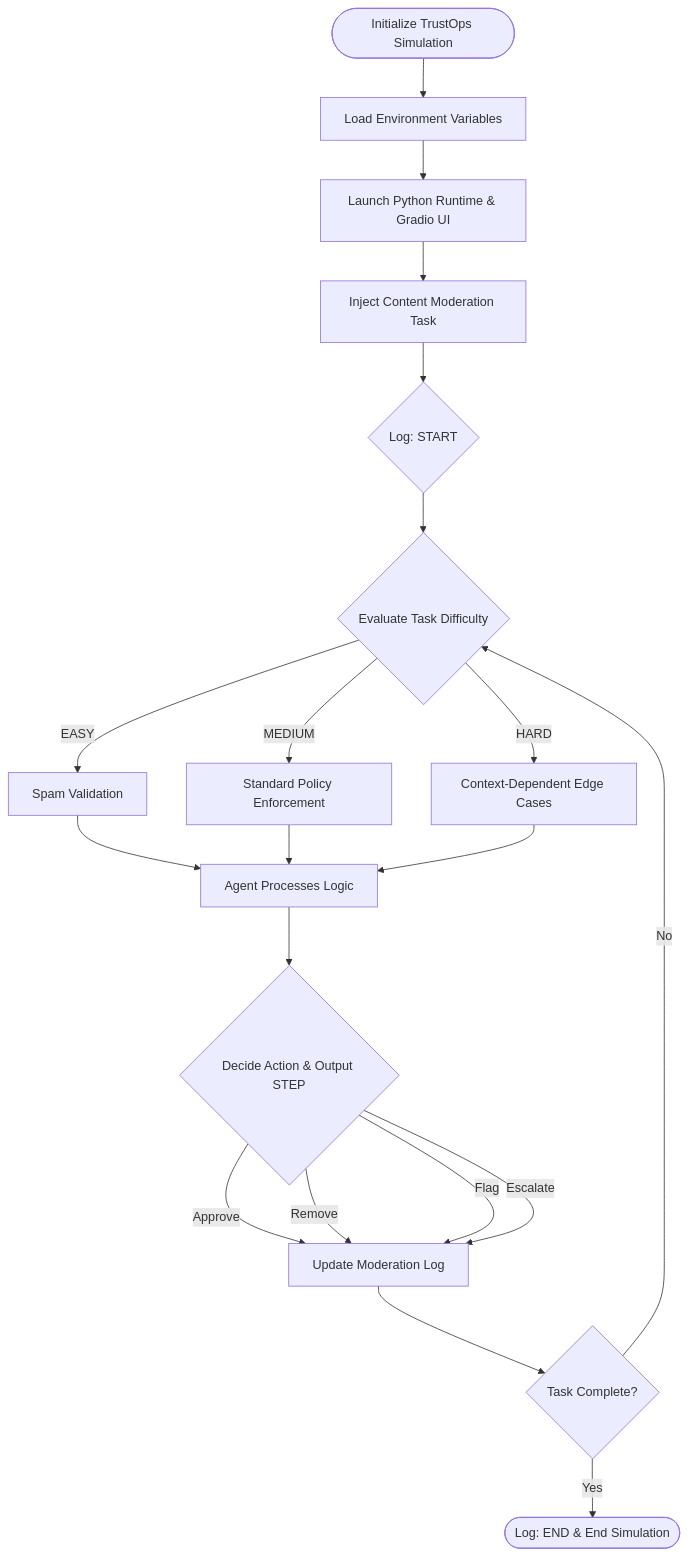
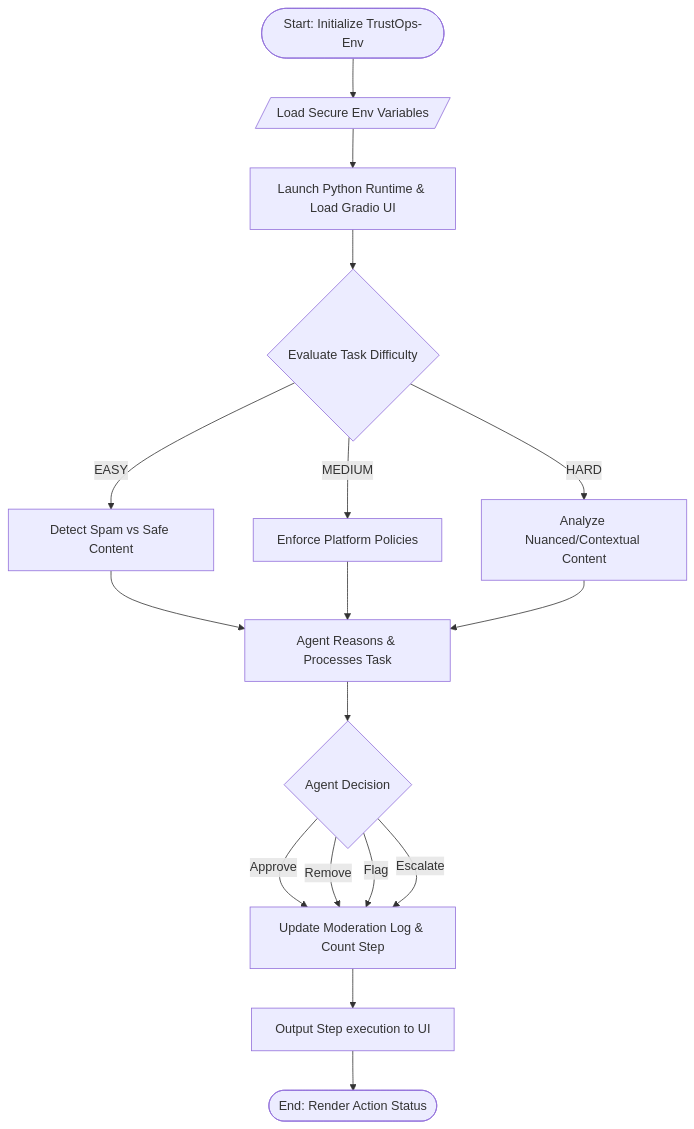
The fourth of 6 diagrams in core_concept.md (Anubhav741/ThinkSync), drawn with Mermaid before and after one commit. The commit also changed other lines of this file, not shown here.

````diff
--- a/core_concept.md
+++ b/core_concept.md
@@ -41,27 +88,28 @@
 ```mermaid
 flowchart TD
-    Start([Initialize TrustOps Simulation]) --> SetEnv[Load Environment Variables]
-    SetEnv --> Gradio[Launch Python Runtime & Gradio UI]
-    Gradio --> TaskAssign[Inject Content Moderation Task]
-    
-    TaskAssign --> Classify{Log: START}
-    Classify --> EvalDiff{Evaluate Task Difficulty}
-    
-    EvalDiff -->|EASY| Spam[Spam Validation]
-    EvalDiff -->|MEDIUM| Policy[Standard Policy Enforcement]
-    EvalDiff -->|HARD| Nuance[Context-Dependent Edge Cases]
-    
-    Spam --> AgentProcess[Agent Processes Logic]
-    Policy --> AgentProcess
-    Nuance --> AgentProcess
-    
-    AgentProcess --> Action{Decide Action & Output STEP}
-    Action -->|Approve| LogOk[Update Moderation Log]
-    Action -->|Remove| LogOk
-    Action -->|Flag| LogOk
-    Action -->|Escalate| LogOk
-    
-    LogOk --> CheckFinish{Task Complete?}
-    CheckFinish -->|No| EvalDiff
-    CheckFinish -->|Yes| End([Log: END & End Simulation])
+
+A([Start: Initialize TrustOps-Env]) --> B[/Load Secure Env Variables/]
+
+B --> C[Launch Python Runtime & Load Gradio UI]
+
+C --> D{Evaluate Task Difficulty}
+
+D -->|EASY| E[Detect Spam vs Safe Content]
+D -->|MEDIUM| F[Enforce Platform Policies]
+D -->|HARD| G[Analyze Nuanced/Contextual Content]
+
+E --> H[Agent Reasons & Processes Task]
+F --> H
+G --> H
+
+H --> I{Agent Decision}
+
+I -->|Approve| J[Update Moderation Log & Count Step]
+I -->|Remove| J
+I -->|Flag| J
+I -->|Escalate| J
+
+J --> K[Output Step execution to UI]
+
+K --> L([End: Render Action Status])
 ```
````
